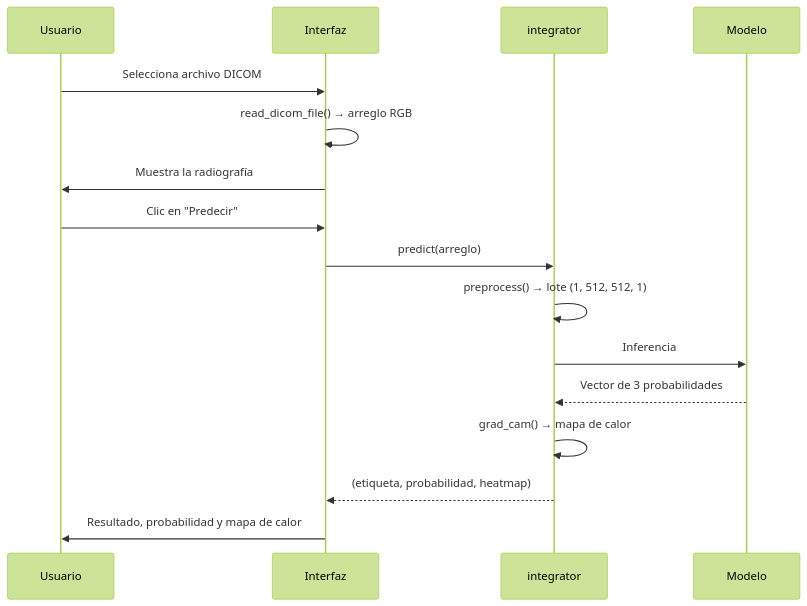
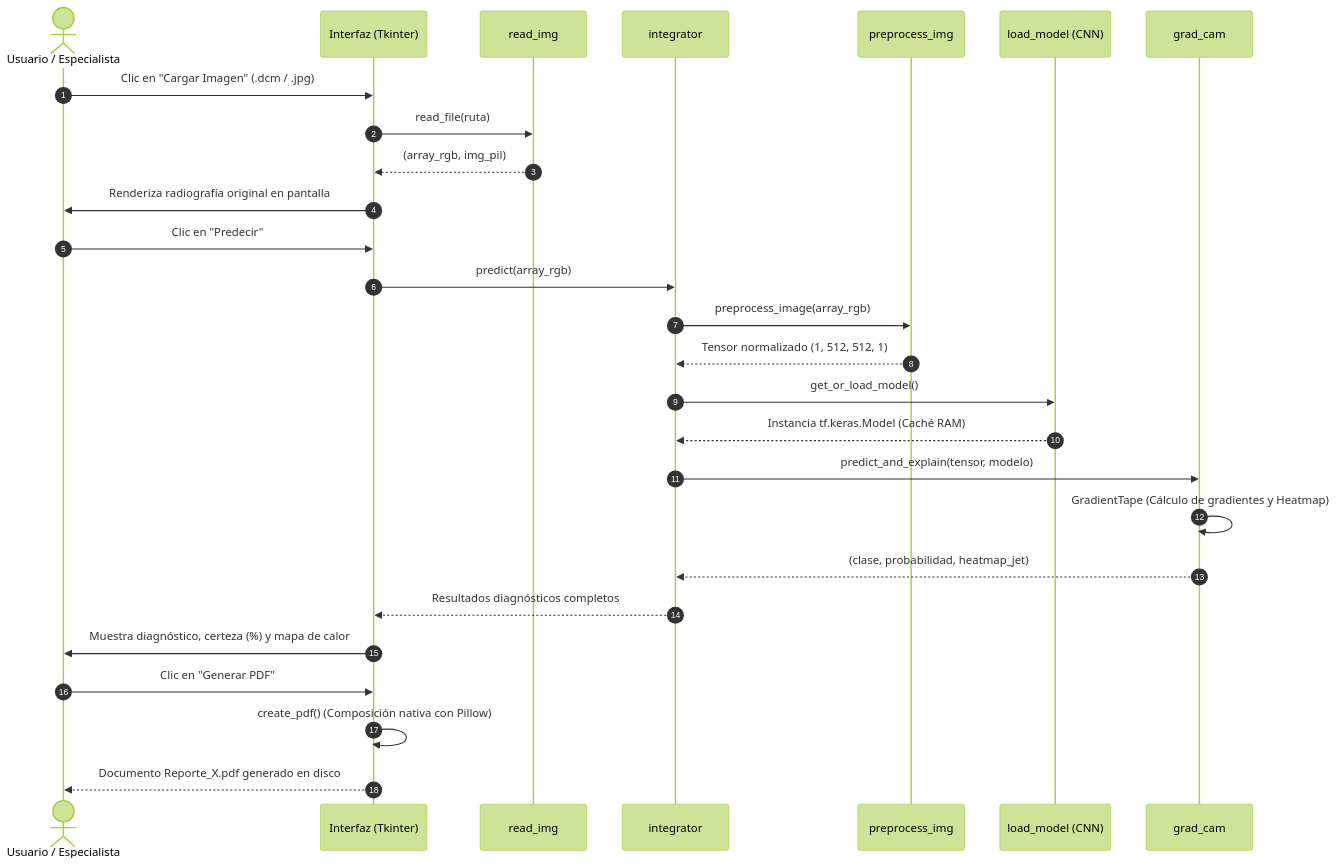
One commit to marlonvalenciamentor-eng/UAO-Neumonia changed the second of 2 diagrams in README.md. Above: the diagram before and after it, drawn with Mermaid (forest theme). The commit also changed other lines of this file and 35 other files, not shown here.

````diff
--- a/README.md
+++ b/README.md
@@ -118,19 +117,30 @@
 ```mermaid
 sequenceDiagram
-    participant U as Usuario
-    participant G as Interfaz
-    participant I as integrator
-    participant M as Modelo
+    autonumber
+    actor Medico as Usuario / Especialista
+    participant UI as Interfaz (Tkinter)
+    participant Lector as read_img
+    participant Orquestador as integrator
+    participant Preproc as preprocess_img
+    participant Modelo as load_model (CNN)
+    participant GradCAM as grad_cam
 
-    U->>G: Selecciona archivo DICOM
-    G->>G: read_dicom_file() → arreglo RGB
-    G->>U: Muestra la radiografía
-    U->>G: Clic en "Predecir"
-    G->>I: predict(arreglo)
-    I->>I: preprocess() → lote (1, 512, 512, 1)
-    I->>M: Inferencia
-    M-->>I: Vector de 3 probabilidades
-    I->>I: grad_cam() → mapa de calor
-    I-->>G: (etiqueta, probabilidad, heatmap)
-    G->>U: Resultado, probabilidad y mapa de calor
+    Medico->>UI: Clic en "Cargar Imagen" (.dcm / .jpg)
+    UI->>Lector: read_file(ruta)
+    Lector-->>UI: (array_rgb, img_pil)
+    UI->>Medico: Renderiza radiografía original en pantalla
+    Medico->>UI: Clic en "Predecir"
+    UI->>Orquestador: predict(array_rgb)
+    Orquestador->>Preproc: preprocess_image(array_rgb)
+    Preproc-->>Orquestador: Tensor normalizado (1, 512, 512, 1)
+    Orquestador->>Modelo: get_or_load_model()
+    Modelo-->>Orquestador: Instancia tf.keras.Model (Caché RAM)
+    Orquestador->>GradCAM: predict_and_explain(tensor, modelo)
+    GradCAM->>GradCAM: GradientTape (Cálculo de gradientes y Heatmap)
+    GradCAM-->>Orquestador: (clase, probabilidad, heatmap_jet)
+    Orquestador-->>UI: Resultados diagnósticos completos
+    UI->>Medico: Muestra diagnóstico, certeza (%) y mapa de calor
+    Medico->>UI: Clic en "Generar PDF"
+    UI->>UI: create_pdf() (Composición nativa con Pillow)
+    UI-->>Medico: Documento Reporte_X.pdf generado en disco
 ```
````
